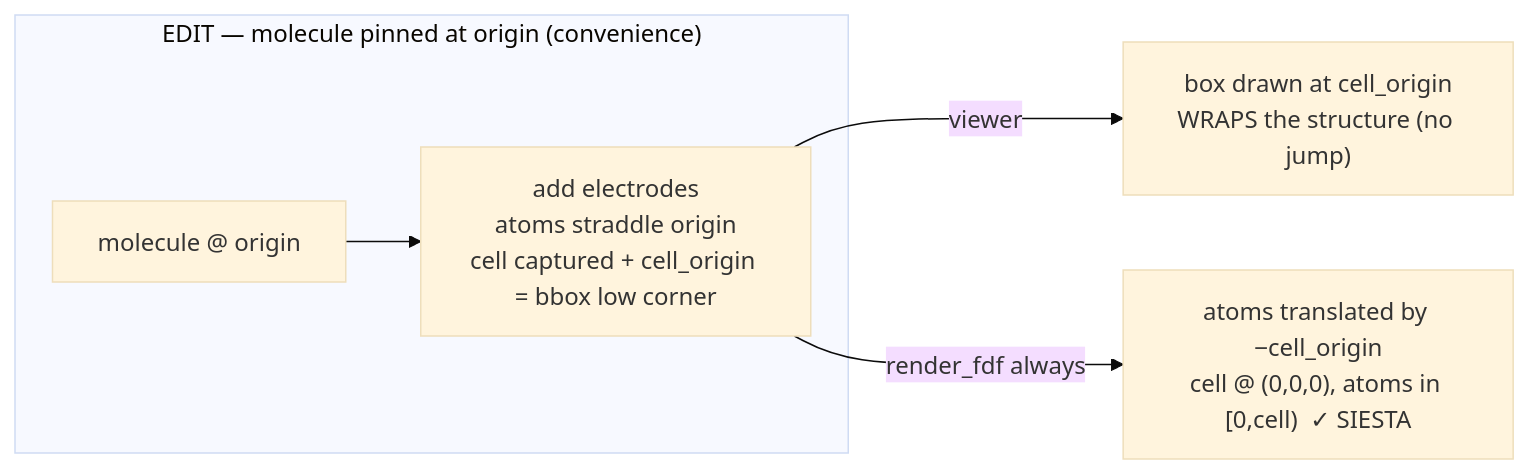
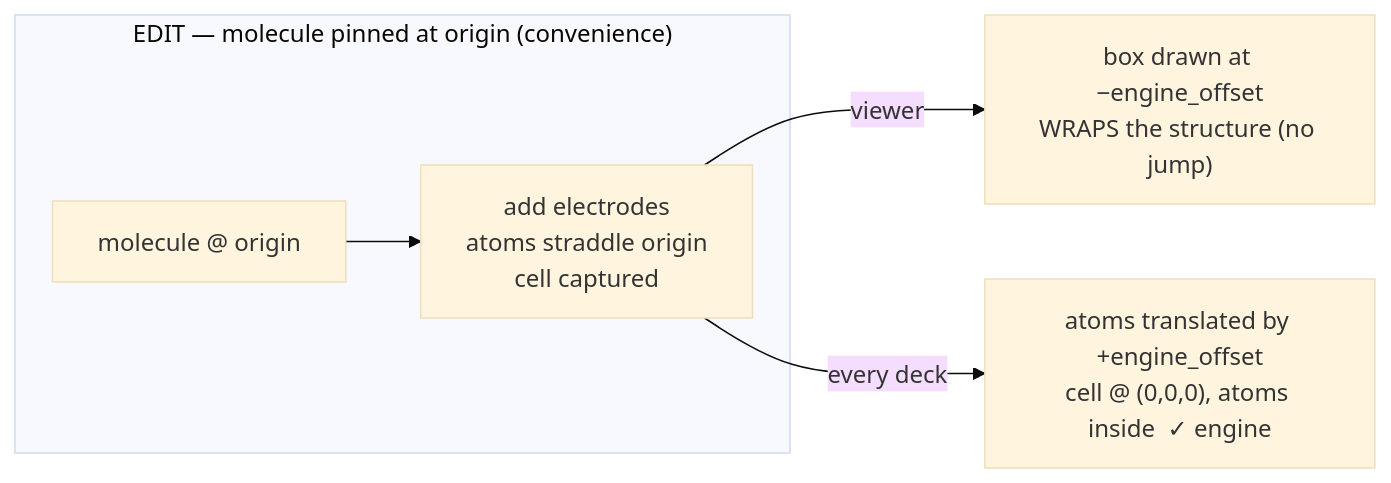
Before and after one commit to Qing-LAB/molbuilder: the first of 4 diagrams in docs/model/structure-periodicity.md, drawn with Mermaid (base theme). The commit also changed other lines of this file and 745 other files, not shown here.

````diff
--- a/docs/model/structure-periodicity.md
+++ b/docs/model/structure-periodicity.md
@@ -680,8 +679,8 @@
 ```mermaid
 flowchart LR
     subgraph EDIT["EDIT — molecule pinned at origin (convenience)"]
-        M["molecule @ origin"] --> E["add electrodes<br/>atoms straddle origin<br/>cell captured + cell_origin = bbox low corner"]
+        M["molecule @ origin"] --> E["add electrodes<br/>atoms straddle origin<br/>cell captured"]
     end
-    E -->|viewer| V["box drawn at cell_origin<br/>WRAPS the structure (no jump)"]
-    E -->|render_fdf always| S["atoms translated by −cell_origin<br/>cell @ (0,0,0), atoms in [0,cell)  ✓ SIESTA"]
+    E -->|viewer| V["box drawn at −engine_offset<br/>WRAPS the structure (no jump)"]
+    E -->|every deck| S["atoms translated by +engine_offset<br/>cell @ (0,0,0), atoms inside  ✓ engine"]
 ```
````
